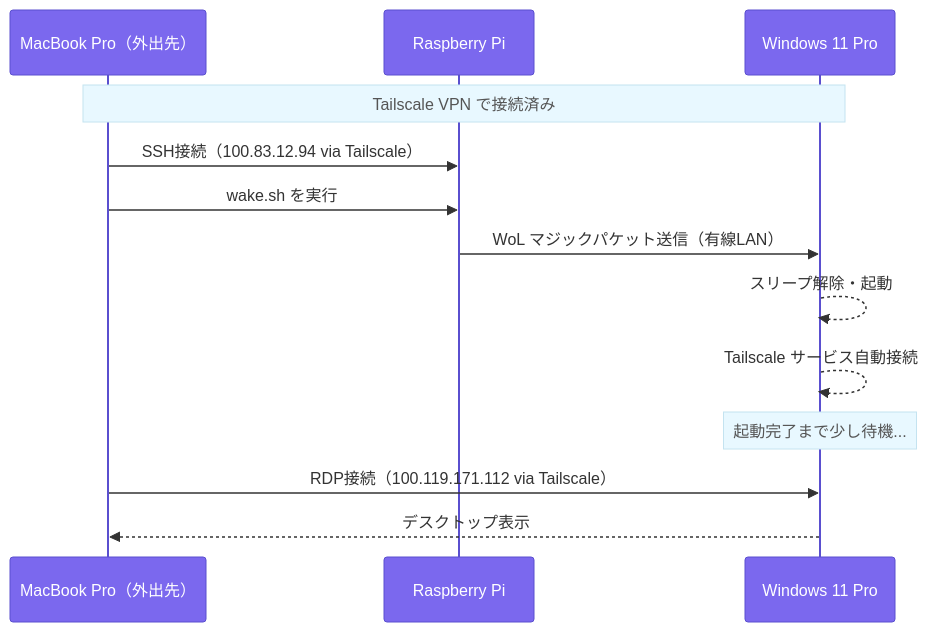
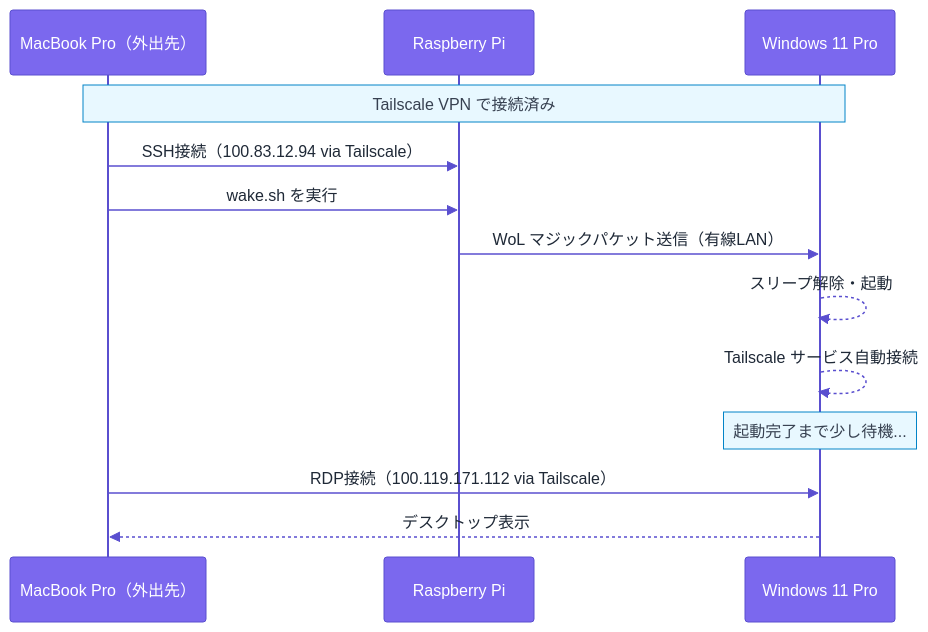
The fourth of 4 diagrams in public/tailscale-wol-rdp.md (0ceanMoo/qiita), drawn with Mermaid before and after one commit. The commit also changed other lines of this file, not shown here.

Commit message:
画像のパスや図を修正

````diff
--- a/public/tailscale-wol-rdp.md
+++ b/public/tailscale-wol-rdp.md
@@ -118,16 +118,16 @@
 ```mermaid
-%%{init: {'theme': 'base', 'themeVariables': {'actorBkg': '#7B68EE', 'actorTextColor': '#ffffff', 'actorBorder': '#5A4FCF', 'noteBkgColor': '#E8F8FF', 'noteTextColor': '#555'}}}%%
+%%{init: {'theme': 'base', 'themeVariables': {'background': '#ffffff', 'primaryTextColor': '#1f2937', 'textColor': '#1f2937', 'actorBkg': '#7B68EE', 'actorTextColor': '#ffffff', 'actorBorder': '#5A4FCF', 'activationBkgColor': '#EDE9FE', 'activationBorderColor': '#5A4FCF', 'sequenceNumberColor': '#1f2937', 'lineColor': '#5A4FCF', 'signalColor': '#5A4FCF', 'signalTextColor': '#1f2937', 'labelBoxBkgColor': '#ffffff', 'labelBoxBorderColor': '#CBD5E1', 'labelTextColor': '#1f2937', 'loopTextColor': '#1f2937', 'noteBkgColor': '#E8F8FF', 'noteTextColor': '#374151', 'noteBorderColor': '#0284C7'}}}%%
 sequenceDiagram
     participant Mac as MacBook Pro（外出先）
     participant Pi as Raspberry Pi
     participant Win as Windows 11 Pro
     Note over Mac,Win: Tailscale VPN で接続済み
     Mac->>Pi: SSH接続（100.83.12.94 via Tailscale）
     Mac->>Pi: wake.sh を実行
     Pi->>Win: WoL マジックパケット送信（有線LAN）
     Win-->>Win: スリープ解除・起動
     Win-->>Win: Tailscale サービス自動接続
     Note over Win: 起動完了まで少し待機...
     Mac->>Win: RDP接続（100.119.171.112 via Tailscale）
     Win-->>Mac: デスクトップ表示
 ```
````
